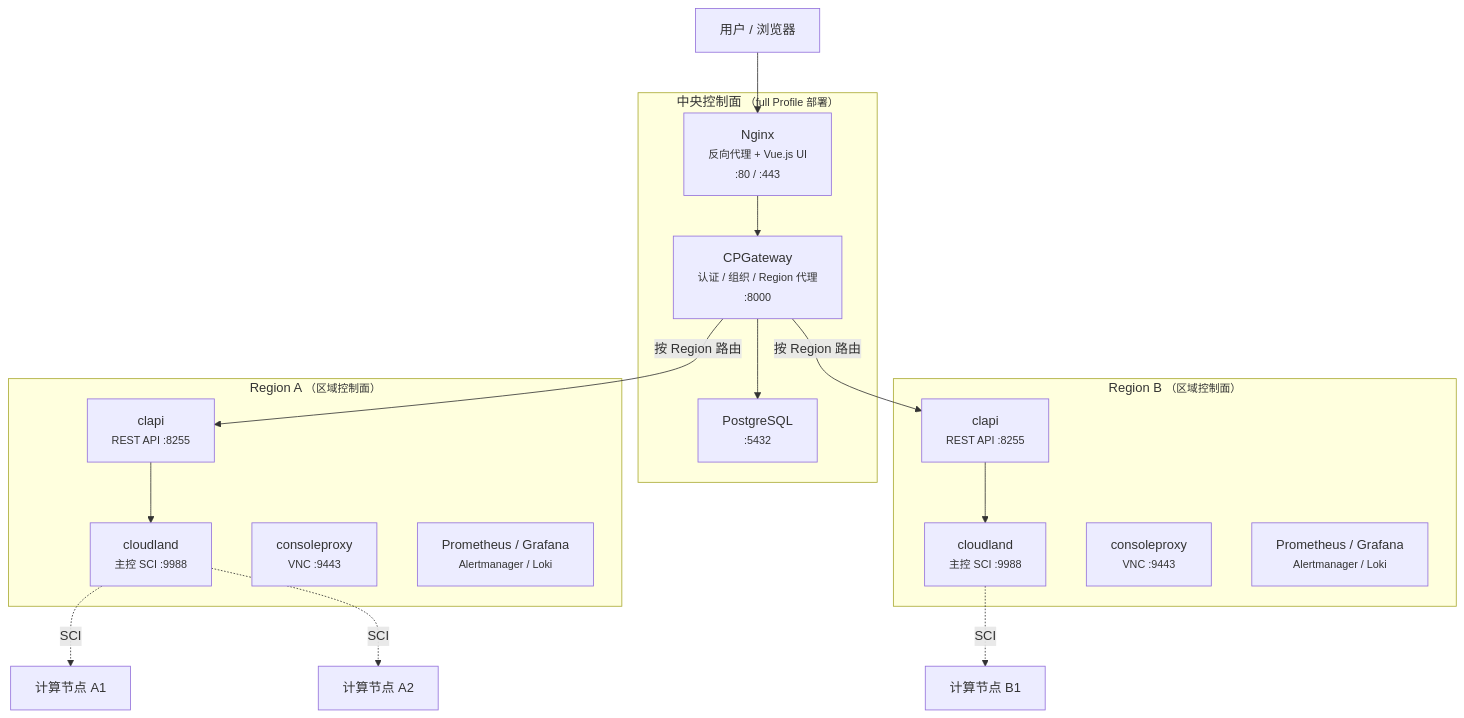
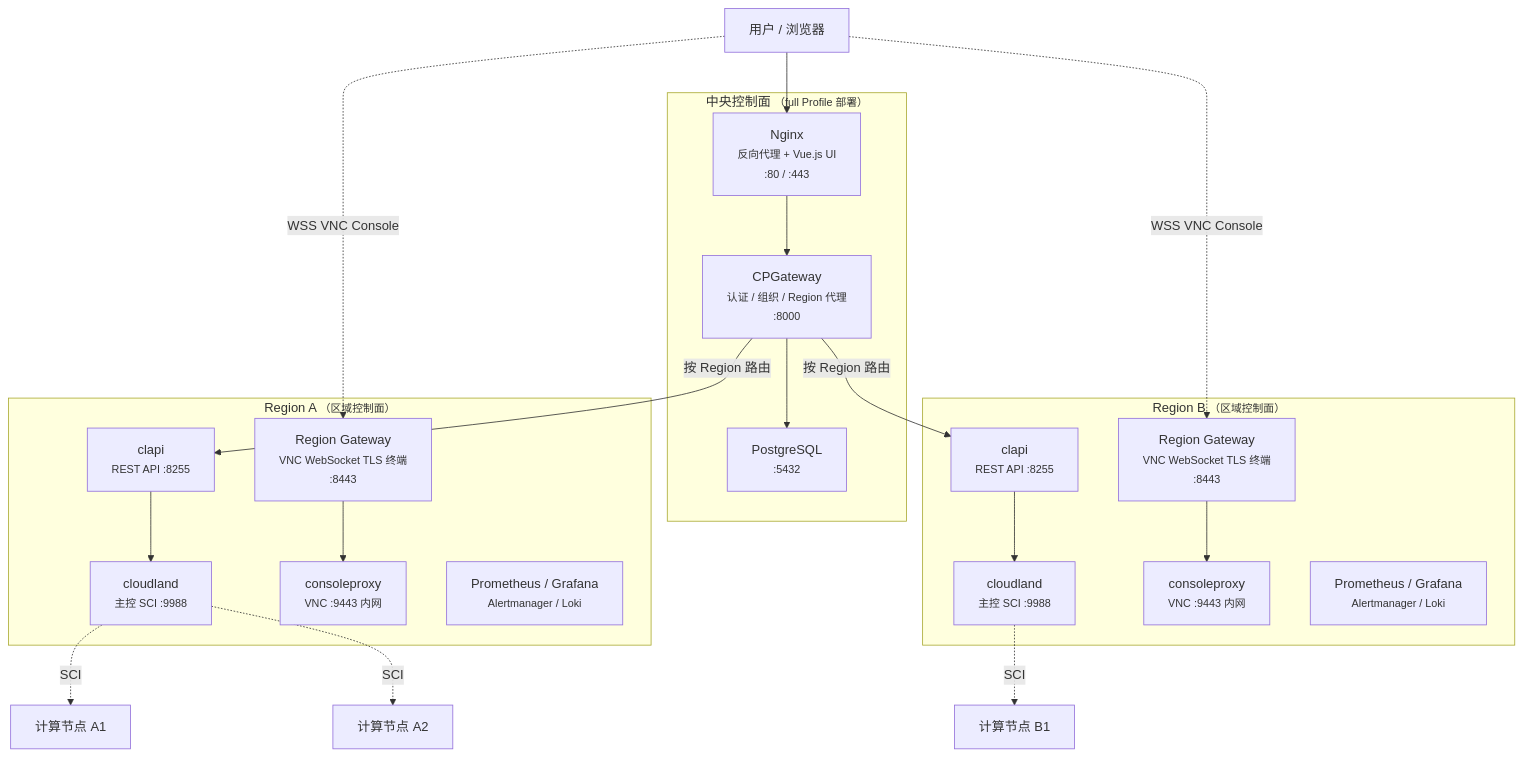
Before and after one commit to threen134/cloudland: the diagram in docs/deployment/index.md, drawn with Mermaid. The commit also changed other lines of this file and 13 other files, not shown here.

Commit message:
feat: implement multi-region VNC support by adding a region-gateway service and environment-based console configuration

````diff
--- a/docs/deployment/index.md
+++ b/docs/deployment/index.md
@@ -44,35 +46,41 @@
 ```mermaid
 graph TB
     USER["用户 / 浏览器"]
 
     subgraph central["中央控制面 <small>（full Profile 部署）</small>"]
         NGINX["Nginx<br/><small>反向代理 + Vue.js UI</small><br/><small>:80 / :443</small>"]
         CPGW["CPGateway<br/><small>认证 / 组织 / Region 代理</small><br/><small>:8000</small>"]
         PG["PostgreSQL<br/><small>:5432</small>"]
     end
 
     subgraph regionA["Region A <small>（区域控制面）</small>"]
+        RGW_A["Region Gateway<br/><small>VNC WebSocket TLS 终端</small><br/><small>:8443</small>"]
         CLAPI_A["clapi<br/><small>REST API :8255</small>"]
         CLAND_A["cloudland<br/><small>主控 SCI :9988</small>"]
-        CONSOLE_A["consoleproxy<br/><small>VNC :9443</small>"]
+        CONSOLE_A["consoleproxy<br/><small>VNC :9443 内网</small>"]
         MONITOR_A["Prometheus / Grafana<br/><small>Alertmanager / Loki</small>"]
     end
 
     subgraph regionB["Region B <small>（区域控制面）</small>"]
+        RGW_B["Region Gateway<br/><small>VNC WebSocket TLS 终端</small><br/><small>:8443</small>"]
         CLAPI_B["clapi<br/><small>REST API :8255</small>"]
         CLAND_B["cloudland<br/><small>主控 SCI :9988</small>"]
-        CONSOLE_B["consoleproxy<br/><small>VNC :9443</small>"]
+        CONSOLE_B["consoleproxy<br/><small>VNC :9443 内网</small>"]
         MONITOR_B["Prometheus / Grafana<br/><small>Alertmanager / Loki</small>"]
     end
 
     USER --> NGINX
     NGINX --> CPGW
     CPGW --> PG
     CPGW -- "按 Region 路由" --> CLAPI_A
     CPGW -- "按 Region 路由" --> CLAPI_B
+    USER -. "WSS VNC Console" .-> RGW_A
+    USER -. "WSS VNC Console" .-> RGW_B
+    RGW_A --> CONSOLE_A
+    RGW_B --> CONSOLE_B
     CLAPI_A --> CLAND_A
     CLAPI_B --> CLAND_B
     CLAND_A -. "SCI" .-> HY_A1["计算节点 A1"]
     CLAND_A -. "SCI" .-> HY_A2["计算节点 A2"]
     CLAND_B -. "SCI" .-> HY_B1["计算节点 B1"]
 ```
````
